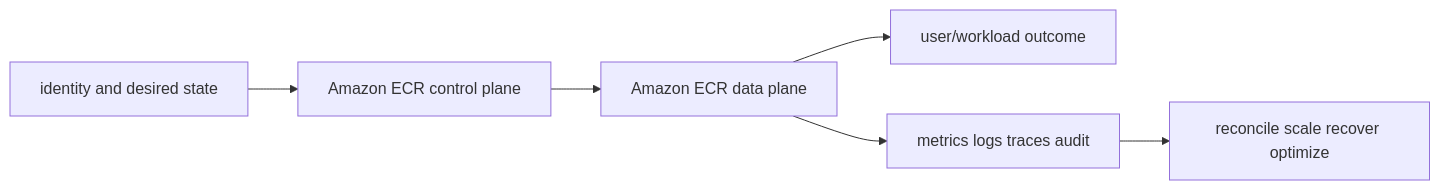
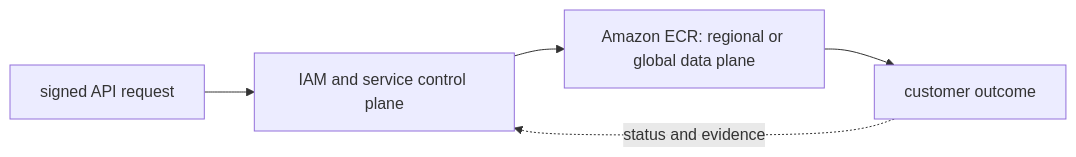
The diagram in 07-aws/06-containers/01-ecr/README.md (tomkidumbuyo/DevOps-interview-preparation), drawn with Mermaid before and after one commit. The commit also changed other lines of this file and 753 other files, not shown here.

````diff
--- a/07-aws/06-containers/01-ecr/README.md
+++ b/07-aws/06-containers/01-ecr/README.md
@@ -19,8 +31,7 @@
 ```mermaid
 flowchart LR
-  I[identity and desired state] --> C[Amazon ECR control plane]
-  C --> D[Amazon ECR data plane]
-  D --> U[user/workload outcome]
-  D --> O[metrics logs traces audit]
-  O --> R[reconcile scale recover optimize]
+  A["signed API request"] --> B["IAM and service control plane"]
+  B --> C["Amazon ECR: regional or global data plane"]
+  C --> D["customer outcome"]
+  D -. "status and evidence" .-> B
 ```
````
